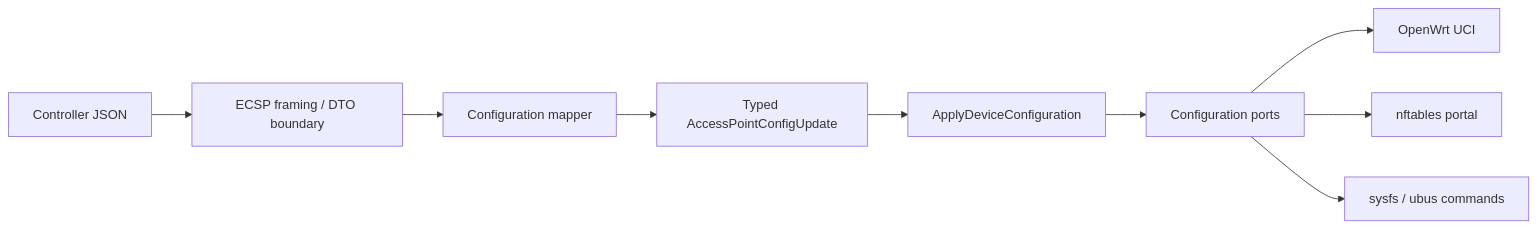
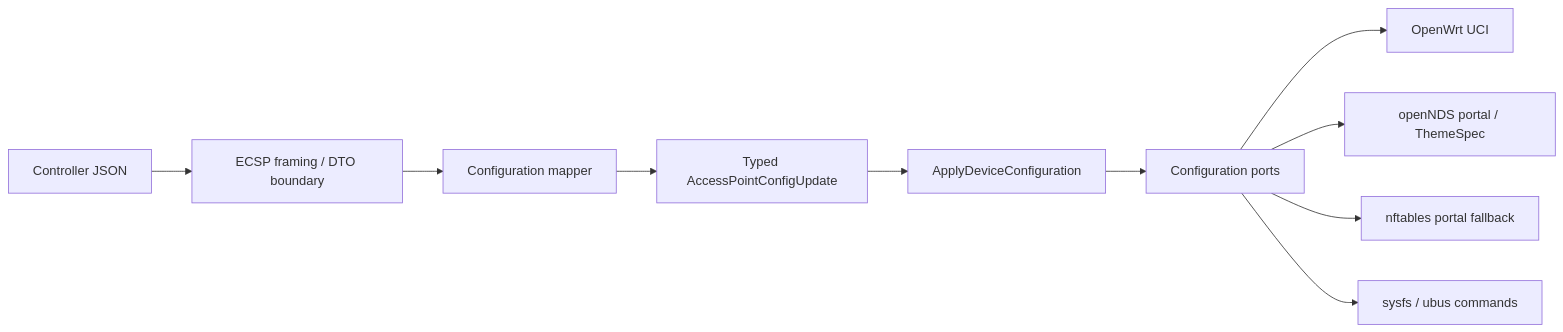
Before and after one commit to adryanalencar/open-omada-device-agent: the third of 5 diagrams in docs/architecture.md, drawn with Mermaid. The commit also changed other lines of this file and 4 other files, not shown here.

Commit message:
docs(openwrt): document openNDS portal integration

````diff
--- a/docs/architecture.md
+++ b/docs/architecture.md
@@ -62,11 +62,12 @@
 ```mermaid
 flowchart LR
   C[Controller JSON] --> Codec[ECSP framing / DTO boundary]
   Codec --> Mapper[Configuration mapper]
   Mapper --> Command[Typed AccessPointConfigUpdate]
   Command --> UC[ApplyDeviceConfiguration]
   UC --> WP[Configuration ports]
   WP --> UCI[OpenWrt UCI]
-  WP --> NFT[nftables portal]
+  WP --> NDS[openNDS portal / ThemeSpec]
+  WP --> NFT[nftables portal fallback]
   WP --> SYS[sysfs / ubus commands]
 ```
````
